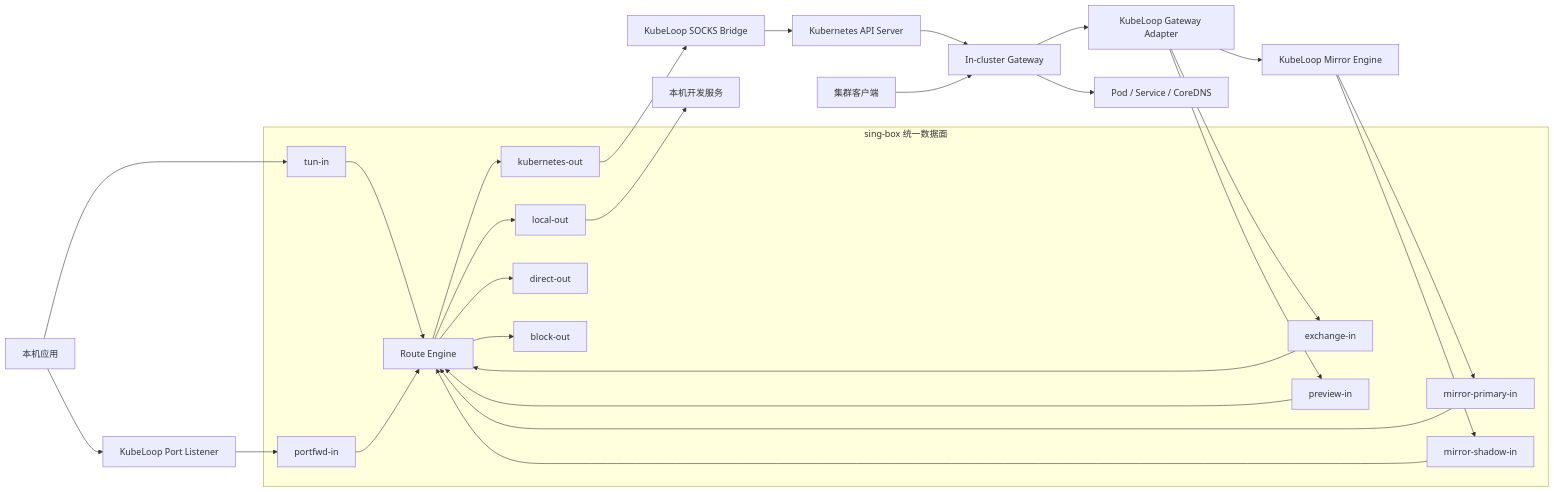
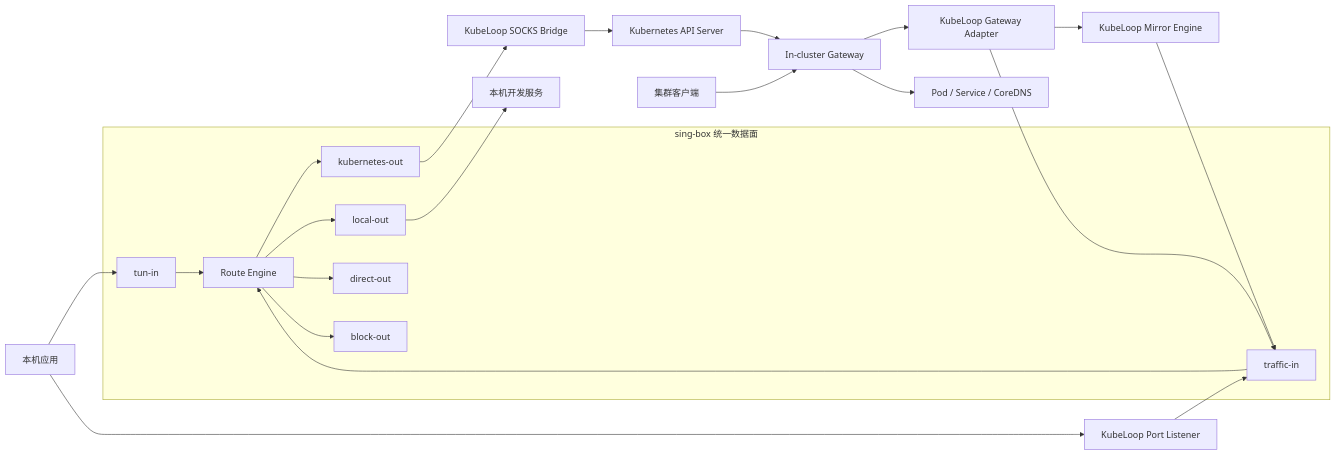
The first of 3 diagrams in docs/singbox-traffic-dataplane.zh-CN.md (fengqi-dev/kube-clash), drawn with Mermaid before and after one commit. The commit also changed other lines of this file and 29 other files, not shown here.

````diff
--- a/docs/singbox-traffic-dataplane.zh-CN.md
+++ b/docs/singbox-traffic-dataplane.zh-CN.md
@@ -49,58 +49,48 @@
 ```mermaid
 flowchart LR
     LocalApp["本机应用"]
     ClusterClient["集群客户端"]
     PortListener["KubeLoop Port Listener"]
     GatewayAdapter["KubeLoop Gateway Adapter"]
     MirrorEngine["KubeLoop Mirror Engine"]
 
     subgraph SingBox["sing-box 统一数据面"]
         TunIn["tun-in"]
-        PortFwdIn["portfwd-in"]
-        ExchangeIn["exchange-in"]
-        PreviewIn["preview-in"]
-        MirrorPrimaryIn["mirror-primary-in"]
-        MirrorShadowIn["mirror-shadow-in"]
+        TrafficIn["traffic-in"]
         Router["Route Engine"]
         KubernetesOut["kubernetes-out"]
         LocalOut["local-out"]
         DirectOut["direct-out"]
         BlockOut["block-out"]
     end
 
     SocksBridge["KubeLoop SOCKS Bridge"]
     APIServer["Kubernetes API Server"]
     Gateway["In-cluster Gateway"]
     ClusterTarget["Pod / Service / CoreDNS"]
     LocalTarget["本机开发服务"]
 
     LocalApp --> TunIn
     LocalApp --> PortListener
-    PortListener --> PortFwdIn
+    PortListener --> TrafficIn
 
     ClusterClient --> Gateway
     Gateway --> GatewayAdapter
-    GatewayAdapter --> ExchangeIn
-    GatewayAdapter --> PreviewIn
+    GatewayAdapter --> TrafficIn
     GatewayAdapter --> MirrorEngine
-    MirrorEngine --> MirrorPrimaryIn
-    MirrorEngine --> MirrorShadowIn
+    MirrorEngine --> TrafficIn
 
     TunIn --> Router
-    PortFwdIn --> Router
-    ExchangeIn --> Router
-    PreviewIn --> Router
-    MirrorPrimaryIn --> Router
-    MirrorShadowIn --> Router
+    TrafficIn --> Router
 
     Router --> KubernetesOut
     Router --> LocalOut
     Router --> DirectOut
     Router --> BlockOut
 
     KubernetesOut --> SocksBridge
     SocksBridge --> APIServer
     APIServer --> Gateway
     Gateway --> ClusterTarget
     LocalOut --> LocalTarget
 ```
````
